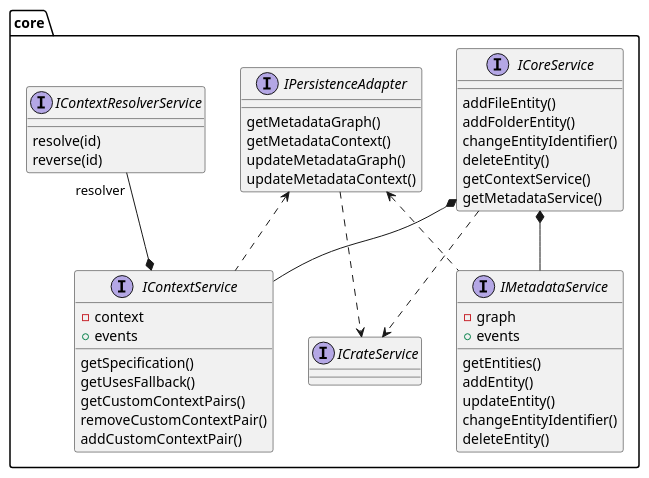
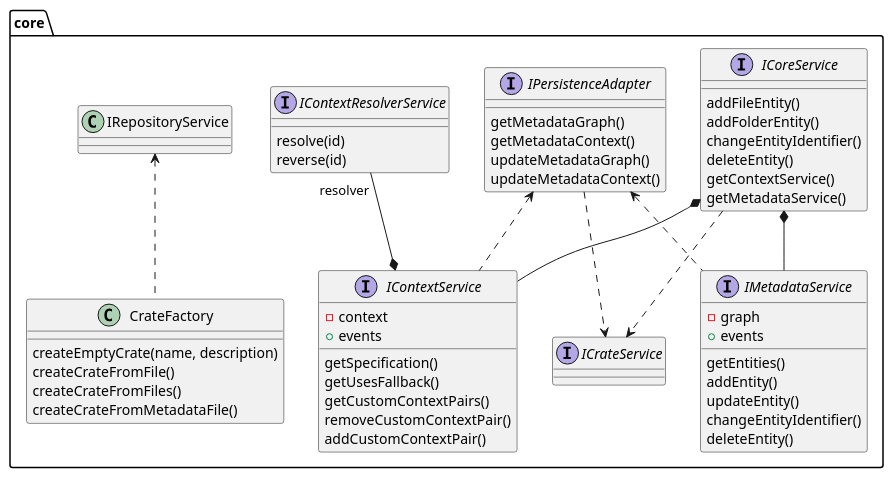
Before and after one commit to kit-data-manager/NovaCrate: the diagram in docs/figures/lib-v2/lib-core.plantuml, drawn with PlantUML. The commit also changed 15 other files, not shown here.

```diff
--- a/docs/figures/lib-v2/lib-core.plantuml
+++ b/docs/figures/lib-v2/lib-core.plantuml
@@ -1,59 +1,67 @@
 @startuml
 
 package core {
     interface ICrateService
 
     interface ICoreService {
         addFileEntity()
         addFolderEntity()
         changeEntityIdentifier()
         deleteEntity()
         getContextService()
         getMetadataService()
     }
 
     interface IPersistenceAdapter {
         getMetadataGraph()
         getMetadataContext()
         updateMetadataGraph()
         updateMetadataContext()
     }
 
     ICoreService ..> ICrateService
     ICoreService *-- IContextService
     ICoreService *-- IMetadataService
 
     interface IContextService {
         - context
         + events
         getSpecification()
         getUsesFallback()
         getCustomContextPairs()
         removeCustomContextPair()
         addCustomContextPair()
     }
 
     interface IContextResolverService {
         resolve(id)
         reverse(id)
     }
 
     IContextResolverService "resolver" --* IContextService
 
     interface IMetadataService {
         - graph
         + events
 
         getEntities()
         addEntity()
         updateEntity()
         changeEntityIdentifier()
         deleteEntity()
     }
 
+    class CrateFactory {
+        createEmptyCrate(name, description)
+        createCrateFromFile()
+        createCrateFromFiles()
+        createCrateFromMetadataFile()
+    }
+
     IPersistenceAdapter <.. IMetadataService
     IPersistenceAdapter <.. IContextService
     IPersistenceAdapter ..> ICrateService
+    IRepositoryService <.. CrateFactory
 }
 
 @enduml
```
